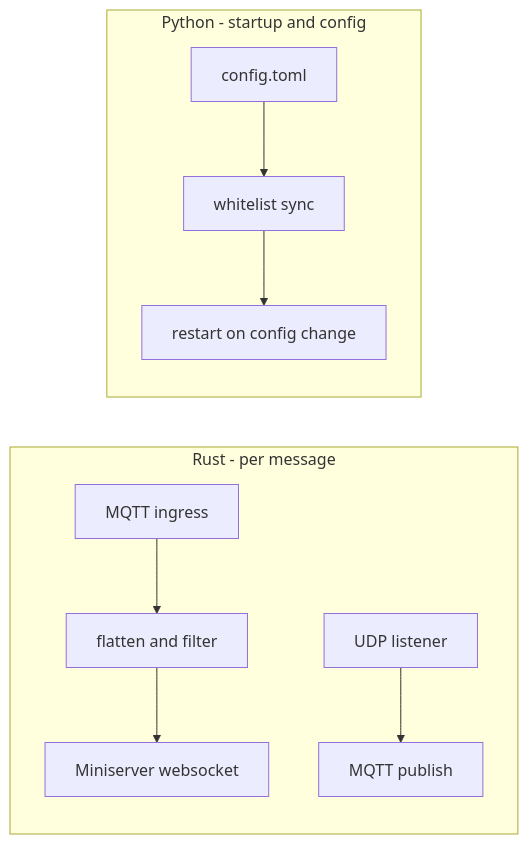
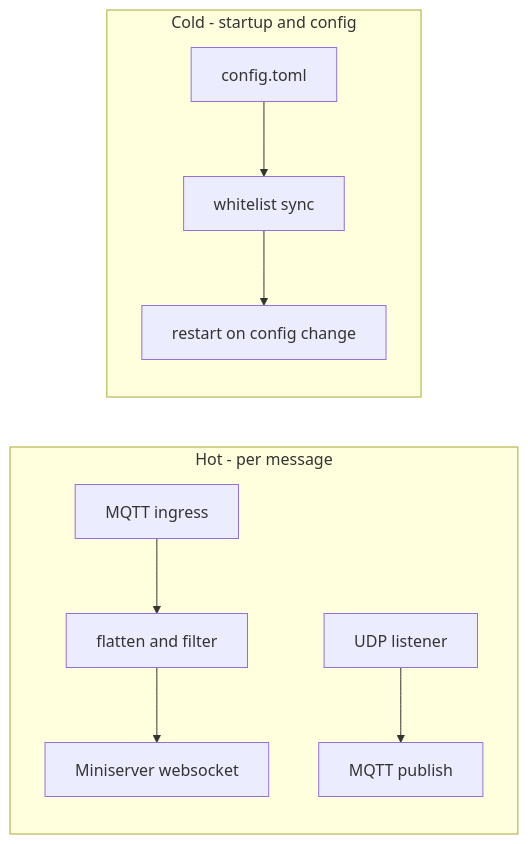
The third of 3 diagrams in README.md (Jakob-Gliwa/loxMqttRelay), drawn with Mermaid before and after one commit. The commit also changed other lines of this file and 44 other files, not shown here.

````diff
--- a/README.md
+++ b/README.md
@@ -132,12 +132,12 @@
 ```mermaid
 graph LR
-    subgraph rust [Rust - per message]
+    subgraph hot [Hot - per message]
         A[MQTT ingress] --> B[flatten and filter]
         B --> C[Miniserver websocket]
         D[UDP listener] --> E[MQTT publish]
     end
-    subgraph python [Python - startup and config]
+    subgraph cold [Cold - startup and config]
         F[config.toml] --> G[whitelist sync]
         G --> H[restart on config change]
     end
 ```
````
